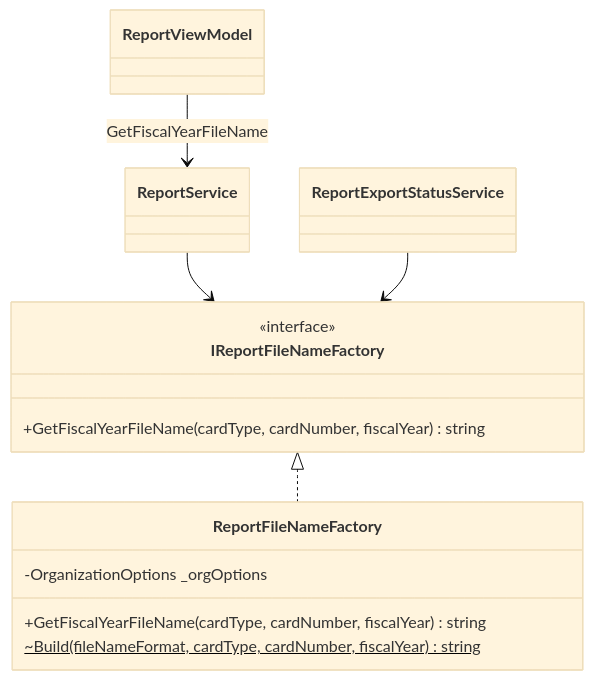
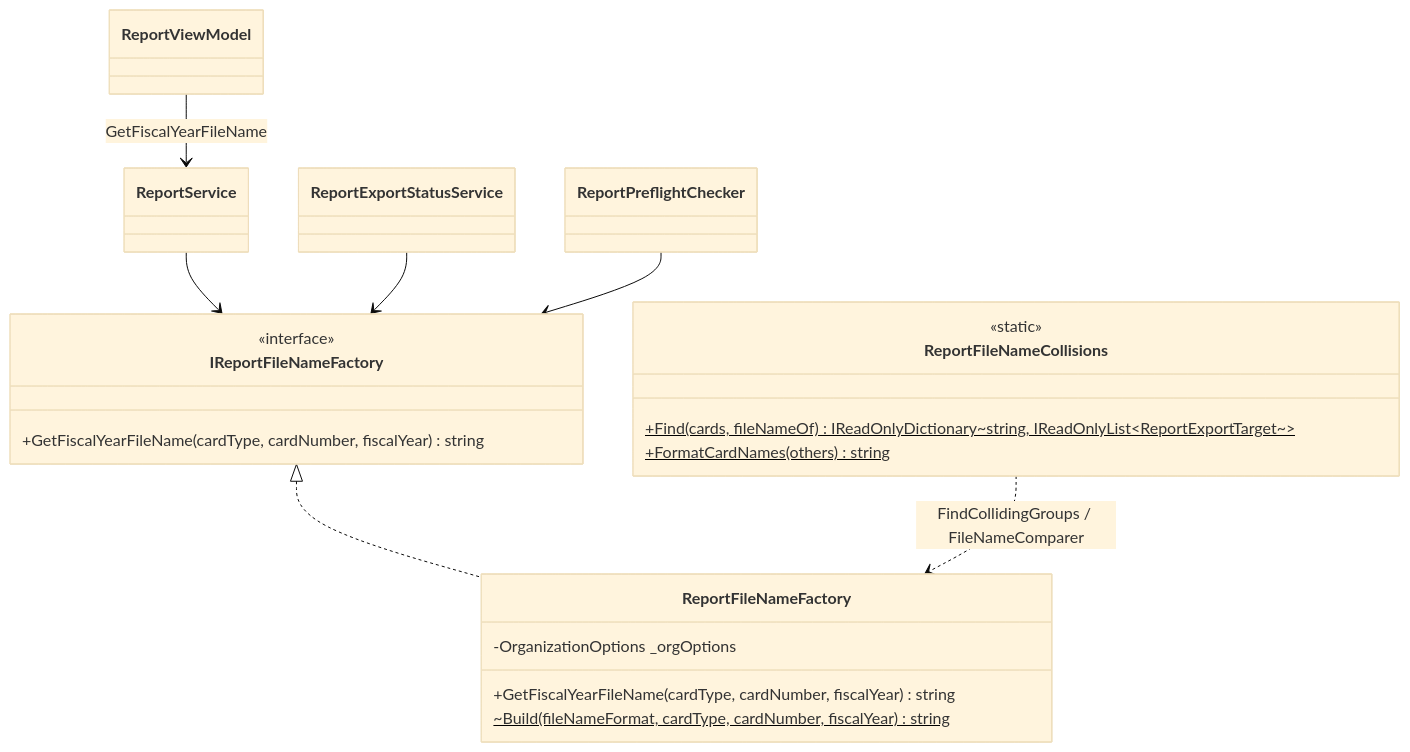
Before and after one commit to kuwayamamasayuki/ICCardManager: diagram 20 of 53 in ICCardManager/docs/design/05_クラス設計書.md, drawn with Mermaid (base theme). The commit also changed other lines of this file and 18 other files, not shown here.

````diff
--- a/ICCardManager/docs/design/05_クラス設計書.md
+++ b/ICCardManager/docs/design/05_クラス設計書.md
@@ -1757,18 +1757,26 @@
 ```mermaid
 classDiagram
     class IReportFileNameFactory {
         <<interface>>
         +GetFiscalYearFileName(cardType, cardNumber, fiscalYear) string
     }
 
     class ReportFileNameFactory {
         -OrganizationOptions _orgOptions
         +GetFiscalYearFileName(cardType, cardNumber, fiscalYear) string
         ~Build(fileNameFormat, cardType, cardNumber, fiscalYear)$ string
     }
 
     IReportFileNameFactory <|.. ReportFileNameFactory
     ReportService --> IReportFileNameFactory
     ReportExportStatusService --> IReportFileNameFactory
+    ReportPreflightChecker --> IReportFileNameFactory
     ReportViewModel --> ReportService : GetFiscalYearFileName
+
+    class ReportFileNameCollisions {
+        <<static>>
+        +Find(cards, fileNameOf)$ IReadOnlyDictionary~string, IReadOnlyList~ReportExportTarget~~
+        +FormatCardNames(others)$ string
+    }
+    ReportFileNameCollisions ..> ReportFileNameFactory : FindCollidingGroups / FileNameComparer
 ```
````
